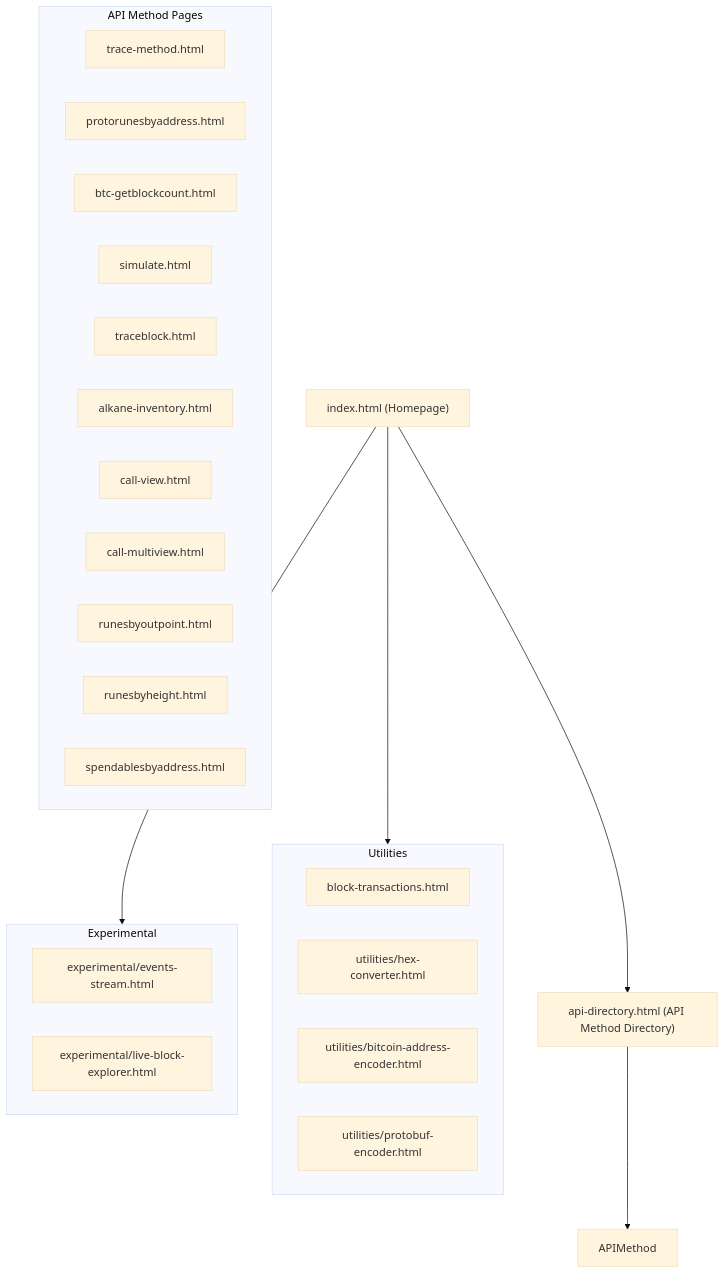
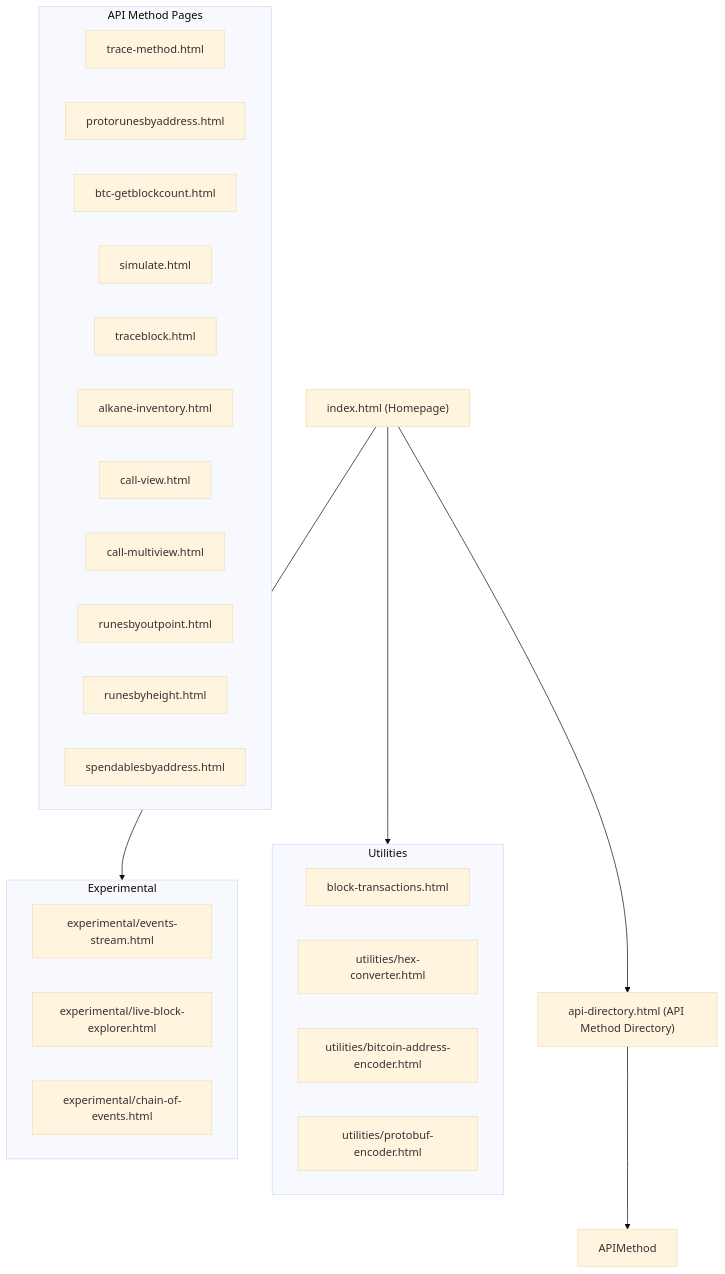
Before and after one commit to applewoodsmokedham/metagraph: the diagram in docs/PRD.md, drawn with Mermaid (base theme). The commit also changed other lines of this file, not shown here.

First line of the commit message:
Comprehensive PRD update for implementation plan and experimental features

````diff
--- a/docs/PRD.md
+++ b/docs/PRD.md
@@ -17,39 +17,40 @@
 ```mermaid
 graph TD
     HomePage["index.html (Homepage)"]
     APIDirectory["api-directory.html (API Method Directory)"]
     
     subgraph "API Method Pages"
         TraceMethod["trace-method.html"]
         ProtorunesByAddress["protorunesbyaddress.html"]
         MetashrewHeight["btc-getblockcount.html"]
         Simulate["simulate.html"]
         TraceBlock["traceblock.html"]
         AlkaneInventory["alkane-inventory.html"]
         CallView["call-view.html"]
         CallMultiview["call-multiview.html"]
         RunesByOutpoint["runesbyoutpoint.html"]
         RunesByHeight["runesbyheight.html"]
         Spendables["spendablesbyaddress.html"]
     end
     
     subgraph "Utilities"
         BlockTransactions["block-transactions.html"]
         HexConverter["utilities/hex-converter.html"]
         BitcoinAddressEncoder["utilities/bitcoin-address-encoder.html"]
         ProtobufEncoder["utilities/protobuf-encoder.html"]
     end
     
     subgraph "Experimental"
         EventsStreamVisual["experimental/events-stream.html"]
         LiveBlockExplorer["experimental/live-block-explorer.html"]
+        ChainOfEvents["experimental/chain-of-events.html"]
     end
     
     HomePage --> APIDirectory
     HomePage --> Utilities
     HomePage --> Experimental
     APIDirectory --> APIMethod
     
     class HomePage homepage;
     class APIDirectory directory;
 ```
````
